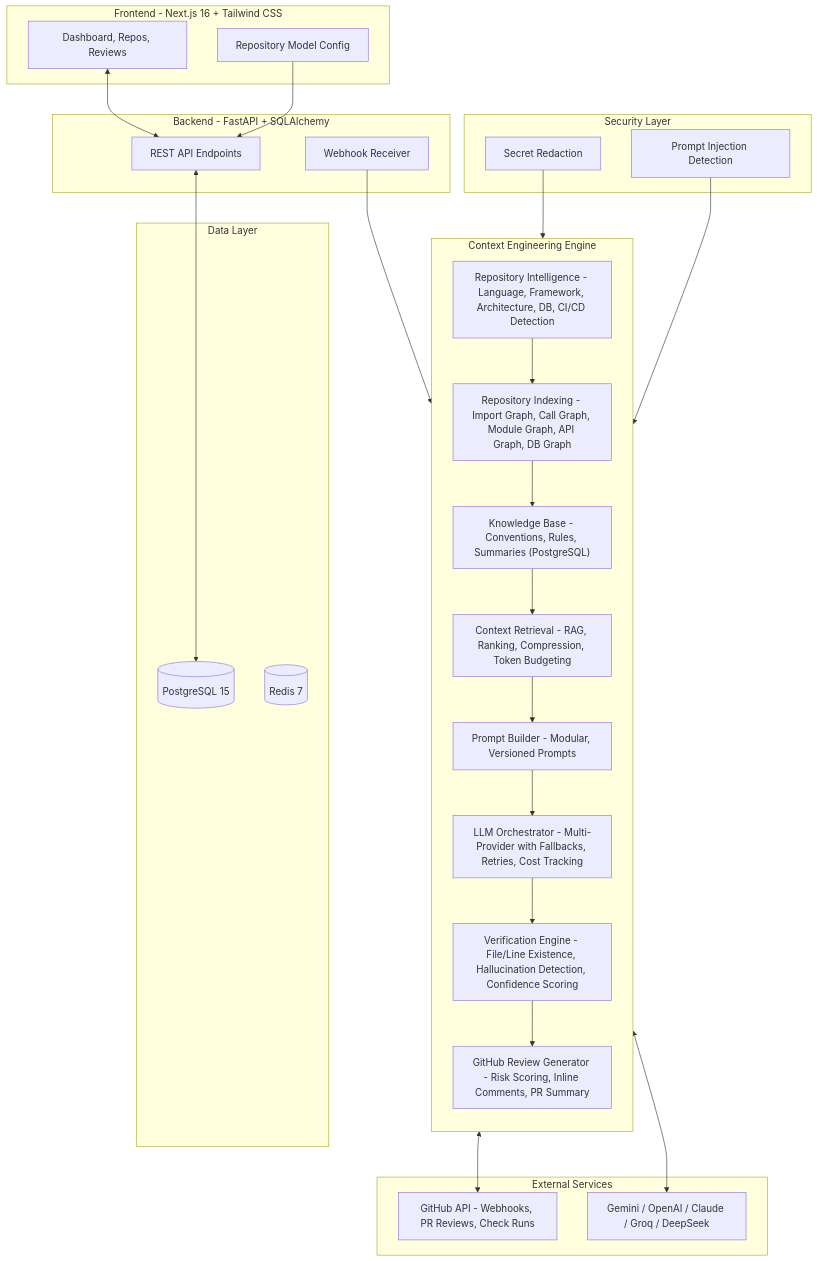
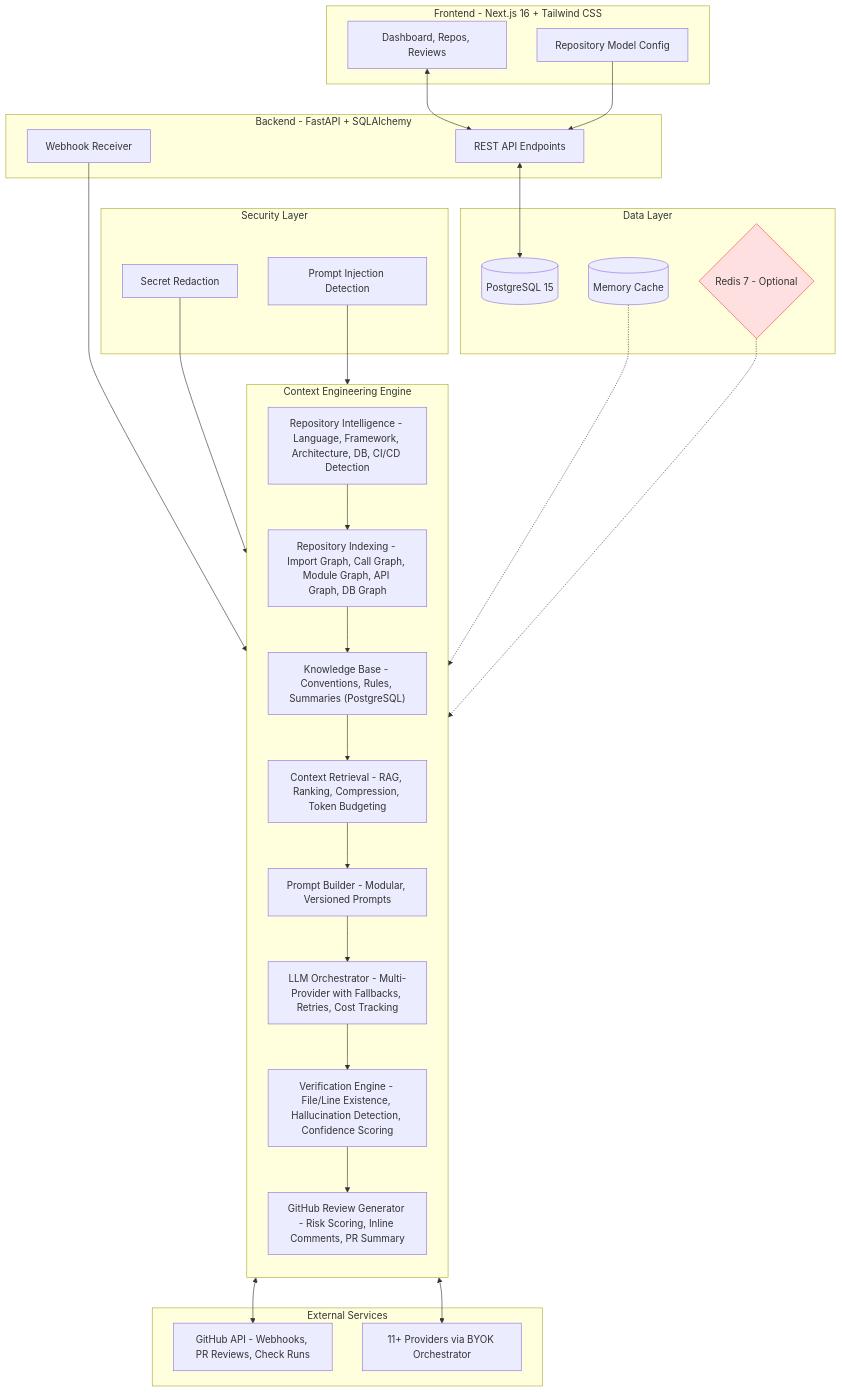
The first of 4 diagrams in README.md (d-kavinraja/revora), drawn with Mermaid before and after one commit. The commit also changed other lines of this file and 57 other files, not shown here.

First line of the commit message:
feat: Implement BYOK LLM Orchestrator Engine

````diff
--- a/README.md
+++ b/README.md
@@ -99,49 +99,54 @@
 ```mermaid
 graph TB
     subgraph Frontend["Frontend - Next.js 16 + Tailwind CSS"]
         UI[Dashboard, Repos, Reviews]
         ConfigModal[Repository Model Config]
     end
 
     subgraph Backend["Backend - FastAPI + SQLAlchemy"]
         WH[Webhook Receiver]
         API[REST API Endpoints]
     end
 
     subgraph ContextEngine["Context Engineering Engine"]
         direction TB
         I1["Repository Intelligence - Language, Framework, Architecture, DB, CI/CD Detection"]
         I2["Repository Indexing - Import Graph, Call Graph, Module Graph, API Graph, DB Graph"]
         I3["Knowledge Base - Conventions, Rules, Summaries (PostgreSQL)"]
         I4["Context Retrieval - RAG, Ranking, Compression, Token Budgeting"]
         I5["Prompt Builder - Modular, Versioned Prompts"]
         I6["LLM Orchestrator - Multi-Provider with Fallbacks, Retries, Cost Tracking"]
         I7["Verification Engine - File/Line Existence, Hallucination Detection, Confidence Scoring"]
         I8["GitHub Review Generator - Risk Scoring, Inline Comments, PR Summary"]
     end
 
     subgraph Security["Security Layer"]
         SEC[Secret Redaction]
         INJ[Prompt Injection Detection]
     end
 
     subgraph Data["Data Layer"]
         PG[(PostgreSQL 15)]
-        RD[(Redis 7)]
+        MC[(Memory Cache)]
+        RC{Redis 7 - Optional}
     end
+
+    style RC fill:#ffe0e0,stroke:#ff4444
 
     subgraph External["External Services"]
         GH[GitHub API - Webhooks, PR Reviews, Check Runs]
-        LLM[Gemini / OpenAI / Claude / Groq / DeepSeek]
+        LLM[11+ Providers via BYOK Orchestrator]
     end
 
     UI <--> API
     ConfigModal --> API
     WH --> I1
     I1 --> I2 --> I3 --> I4 --> I5 --> I6 --> I7 --> I8
     SEC --> I4
     INJ --> I4
     API <--> PG
+    MC -.-> I4
+    RC -.-> I4
     I8 <--> GH
     I6 <--> LLM
 ```
````
